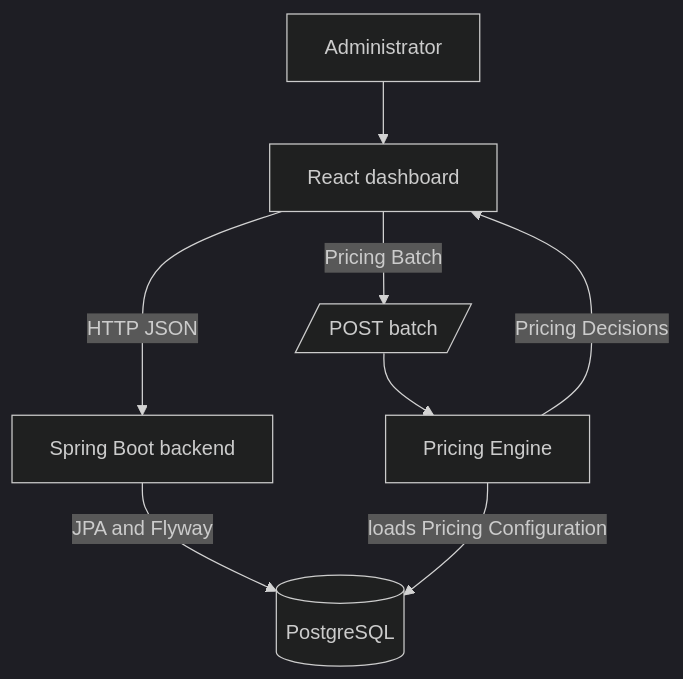
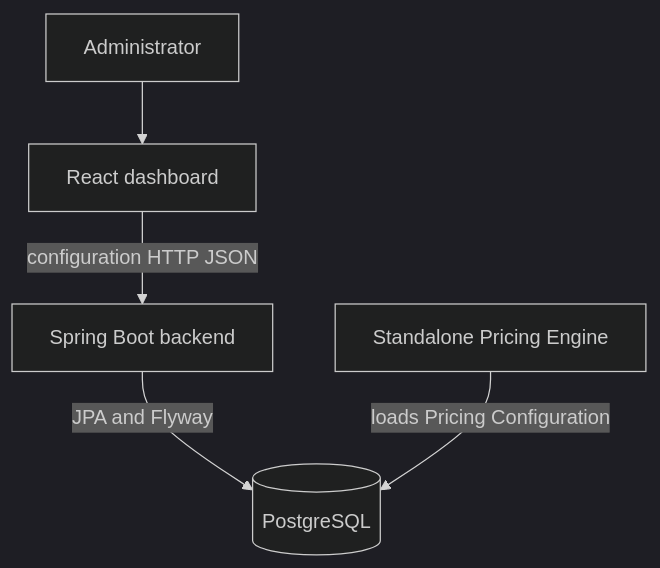
The diagram in docs/agents/wiki/00 Home/Project Knowledge Home.md (DerekThree/pricing-app), drawn with Mermaid (dark theme) before and after one commit. The commit also changed other lines of this file and 14 other files, not shown here.

Commit message:
Updated docs with pricing engine information

````diff
--- a/docs/agents/wiki/00 Home/Project Knowledge Home.md
+++ b/docs/agents/wiki/00 Home/Project Knowledge Home.md
@@ -37,10 +38,7 @@
 ```mermaid
 flowchart TB
     Admin[Administrator] --> Dashboard[React dashboard]
-    Dashboard -->|HTTP JSON| Backend[Spring Boot backend]
+    Dashboard -->|configuration HTTP JSON| Backend[Spring Boot backend]
     Backend -->|JPA and Flyway| PostgreSQL[(PostgreSQL)]
-    Dashboard -->|Pricing Batch| Batch[/POST batch/]
-    Batch --> Engine[Pricing Engine]
-    Engine -->|loads Pricing Configuration| PostgreSQL
-    Engine -->|Pricing Decisions| Dashboard
+    Engine[Standalone Pricing Engine] -->|loads Pricing Configuration| PostgreSQL
 ```
````
